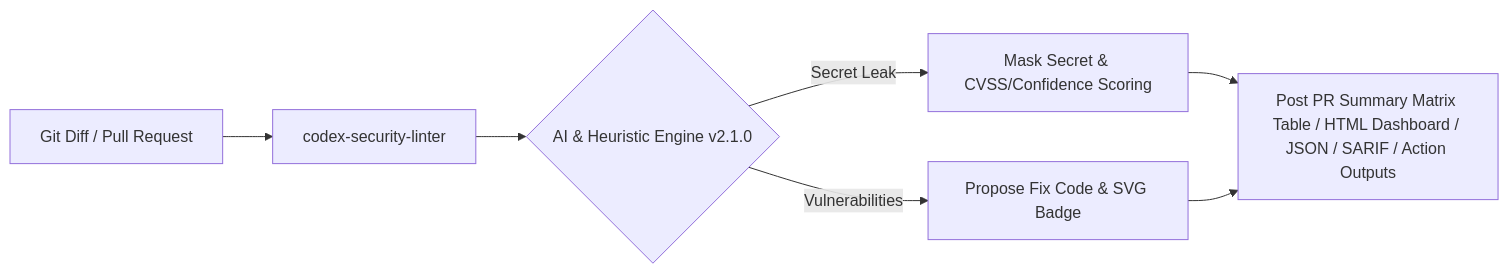
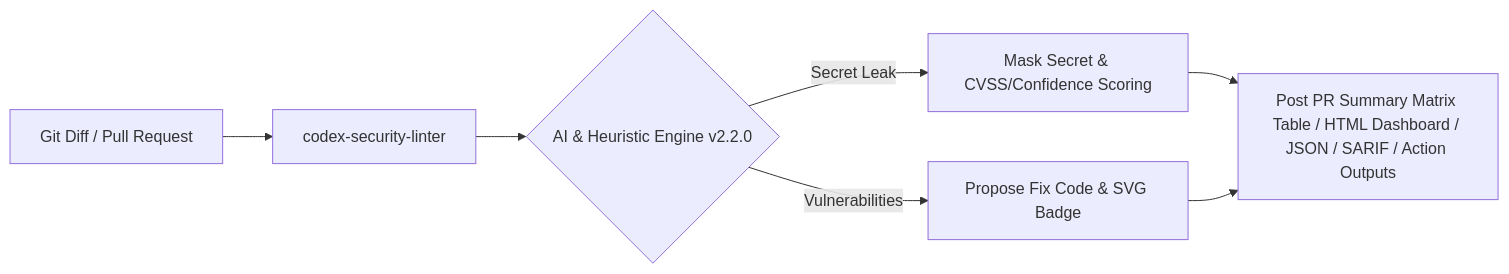
One commit to knmt1219/codex-security-linter changed the diagram in README.md. Above: the diagram before and after it, drawn with Mermaid. The commit also changed other lines of this file and 4 other files, not shown here.

````diff
--- a/README.md
+++ b/README.md
@@ -15,8 +16,8 @@
 ```mermaid
 graph LR
     A[Git Diff / Pull Request] --> B[codex-security-linter]
-    B --> C{AI & Heuristic Engine v2.1.0}
+    B --> C{AI & Heuristic Engine v2.2.0}
     C -->|Secret Leak| D[Mask Secret & CVSS/Confidence Scoring]
     C -->|Vulnerabilities| E[Propose Fix Code & SVG Badge]
     D & E --> F[Post PR Summary Matrix Table / HTML Dashboard / JSON / SARIF / Action Outputs]
 ```
````
